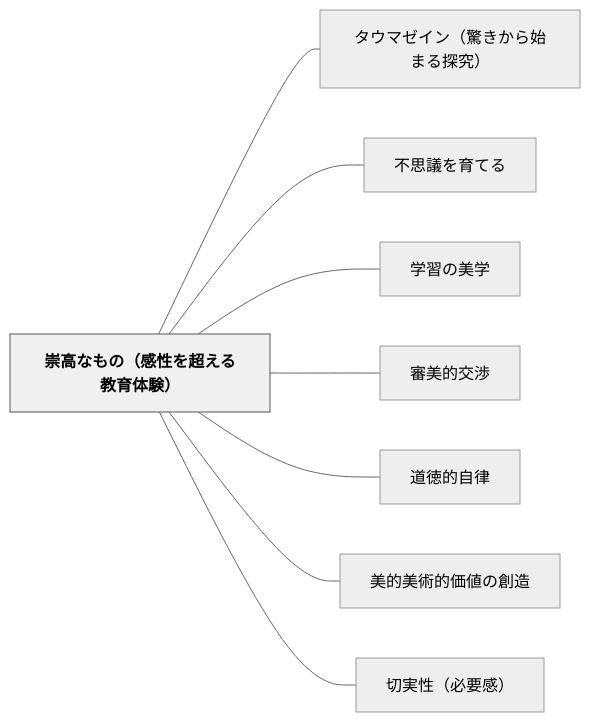
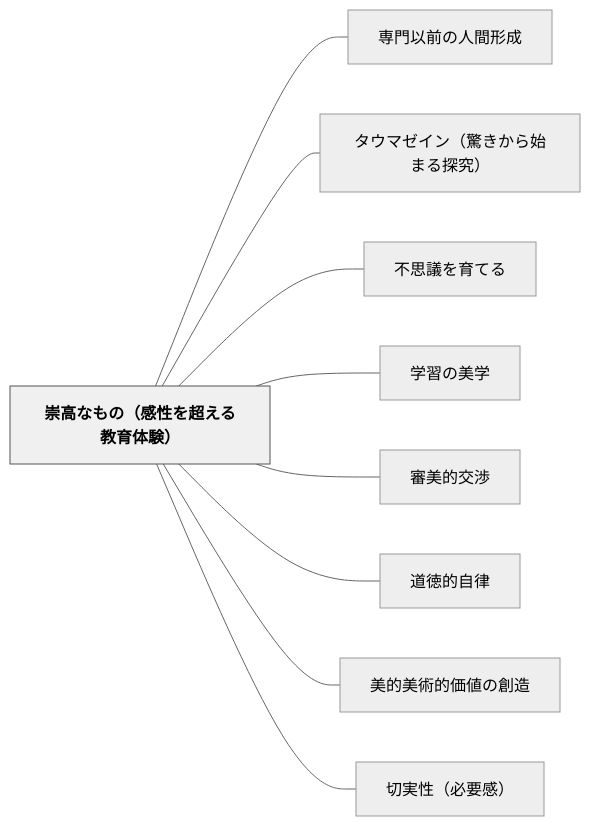
The diagram in content/パタン/崇高なもの（感性を超える教育体験）.md (unknownthings-ed-patterns/unknownthings-ed-patterns), drawn with Mermaid (neutral theme) before and after one commit. The commit also changed other lines of this file and 185 other files, not shown here.

````diff
--- a/content/パタン/崇高なもの（感性を超える教育体験）.md
+++ b/content/パタン/崇高なもの（感性を超える教育体験）.md
@@ -70,22 +70,24 @@
 ```mermaid
 flowchart LR
     ne5b487e9ab98e381aae38282e381aeefbc88e6849fe680a7e38292e8b685e38188e3828be69599e882b2e4bd93e9a893efbc89["崇高なもの（感性を超える教育体験）"]
+    ne5b082e99680e4bba5e5898de381aee4babae99693e5bda2e68890["専門以前の人間形成"]
     ne382bfe382a6e3839ee382bce382a4e383b3efbc88e9a99ae3818de3818be38289e5a78be381bee3828be68ea2e7a9b6efbc89["タウマゼイン（驚きから始まる探究）"]
     ne4b88de6809de8adb0e38292e882b2e381a6e3828b["不思議を育てる"]
     ne5ada6e7bf92e381aee7be8ee5ada6["学習の美学"]
     ne5afa9e7be8ee79a84e4baa4e6b889["審美的交渉"]
     ne98193e5beb3e79a84e887aae5be8b["道徳的自律"]
     ne7be8ee79a84e7be8ee8a193e79a84e4bea1e580a4e381aee589b5e980a0["美的美術的価値の創造"]
     ne58887e5ae9fe680a7efbc88e5bf85e8a681e6849fefbc89["切実性（必要感）"]
 
+    ne5b487e9ab98e381aae38282e381aeefbc88e6849fe680a7e38292e8b685e38188e3828be69599e882b2e4bd93e9a893efbc89 --- ne5b082e99680e4bba5e5898de381aee4babae99693e5bda2e68890
     ne5b487e9ab98e381aae38282e381aeefbc88e6849fe680a7e38292e8b685e38188e3828be69599e882b2e4bd93e9a893efbc89 --- ne382bfe382a6e3839ee382bce382a4e383b3efbc88e9a99ae3818de3818be38289e5a78be381bee3828be68ea2e7a9b6efbc89
     ne5b487e9ab98e381aae38282e381aeefbc88e6849fe680a7e38292e8b685e38188e3828be69599e882b2e4bd93e9a893efbc89 --- ne4b88de6809de8adb0e38292e882b2e381a6e3828b
     ne5b487e9ab98e381aae38282e381aeefbc88e6849fe680a7e38292e8b685e38188e3828be69599e882b2e4bd93e9a893efbc89 --- ne5ada6e7bf92e381aee7be8ee5ada6
     ne5b487e9ab98e381aae38282e381aeefbc88e6849fe680a7e38292e8b685e38188e3828be69599e882b2e4bd93e9a893efbc89 --- ne5afa9e7be8ee79a84e4baa4e6b889
     ne5b487e9ab98e381aae38282e381aeefbc88e6849fe680a7e38292e8b685e38188e3828be69599e882b2e4bd93e9a893efbc89 --- ne98193e5beb3e79a84e887aae5be8b
     ne5b487e9ab98e381aae38282e381aeefbc88e6849fe680a7e38292e8b685e38188e3828be69599e882b2e4bd93e9a893efbc89 --- ne7be8ee79a84e7be8ee8a193e79a84e4bea1e580a4e381aee589b5e980a0
     ne5b487e9ab98e381aae38282e381aeefbc88e6849fe680a7e38292e8b685e38188e3828be69599e882b2e4bd93e9a893efbc89 --- ne58887e5ae9fe680a7efbc88e5bf85e8a681e6849fefbc89
 
     classDef hub fill:#f0f0f0,stroke:#555,color:#000,font-weight:bold
     class ne5b487e9ab98e381aae38282e381aeefbc88e6849fe680a7e38292e8b685e38188e3828be69599e882b2e4bd93e9a893efbc89 hub
 ```
````
